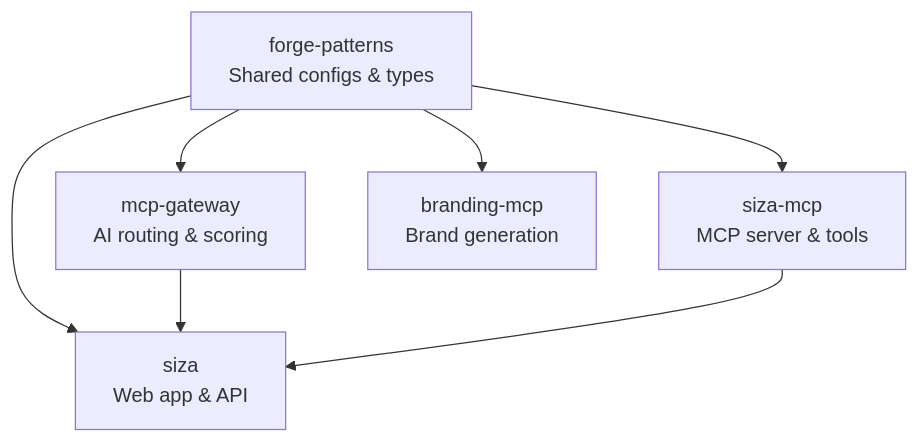
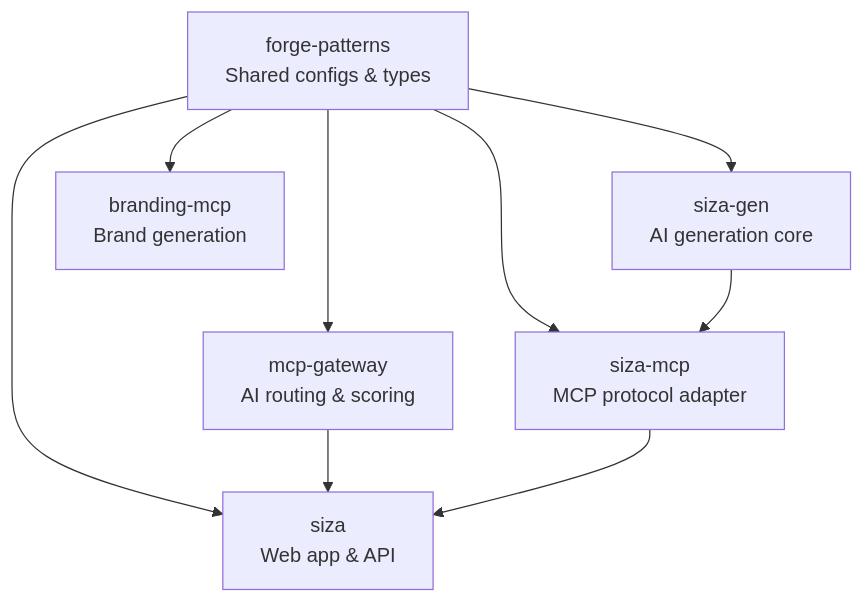
The diagram in apps/docs/content/docs/ecosystem/architecture.mdx (LucasSantana-Dev/UIForge), drawn with Mermaid before and after one commit. The commit also changed other lines of this file and 9 other files, not shown here.

````diff
--- a/apps/docs/content/docs/ecosystem/architecture.mdx
+++ b/apps/docs/content/docs/ecosystem/architecture.mdx
@@ -10,9 +10,11 @@
 ```mermaid
 graph TB
     FP[forge-patterns<br/>Shared configs & types] --> MG[mcp-gateway<br/>AI routing & scoring]
-    FP --> SM[siza-mcp<br/>MCP server & tools]
+    FP --> SG[siza-gen<br/>AI generation core]
+    FP --> SM[siza-mcp<br/>MCP protocol adapter]
     FP --> SZ[siza<br/>Web app & API]
     FP --> BM[branding-mcp<br/>Brand generation]
+    SG --> SM
     MG --> SZ
     SM --> SZ
 ```
````
